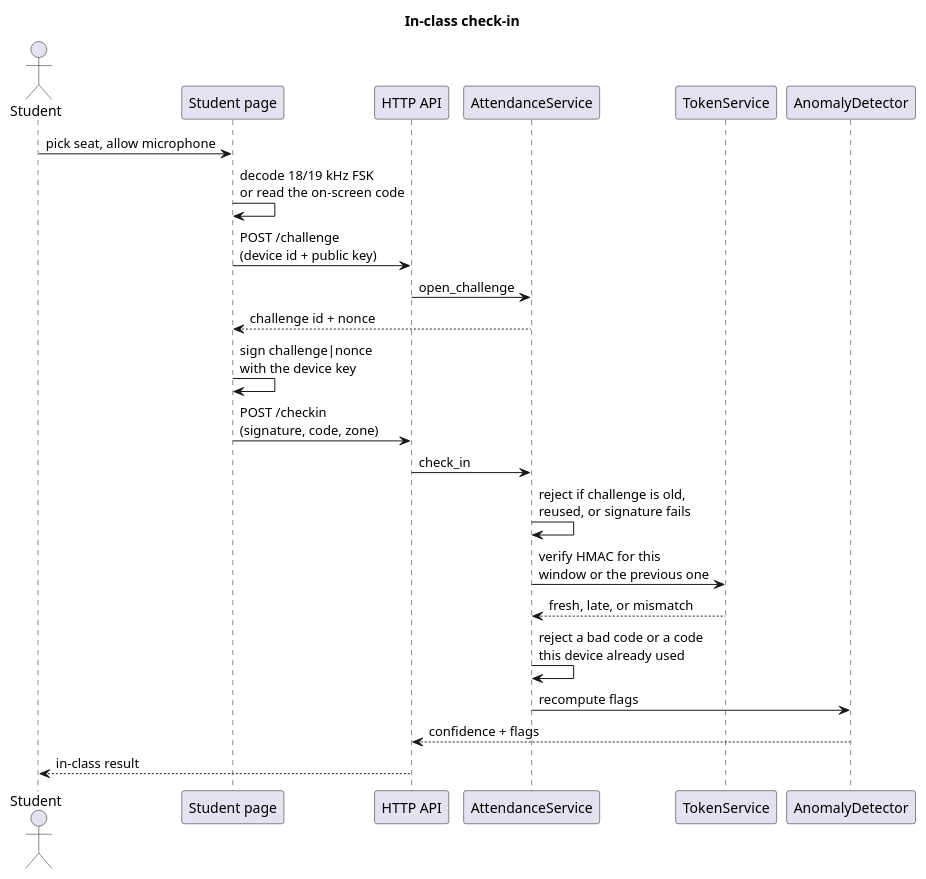
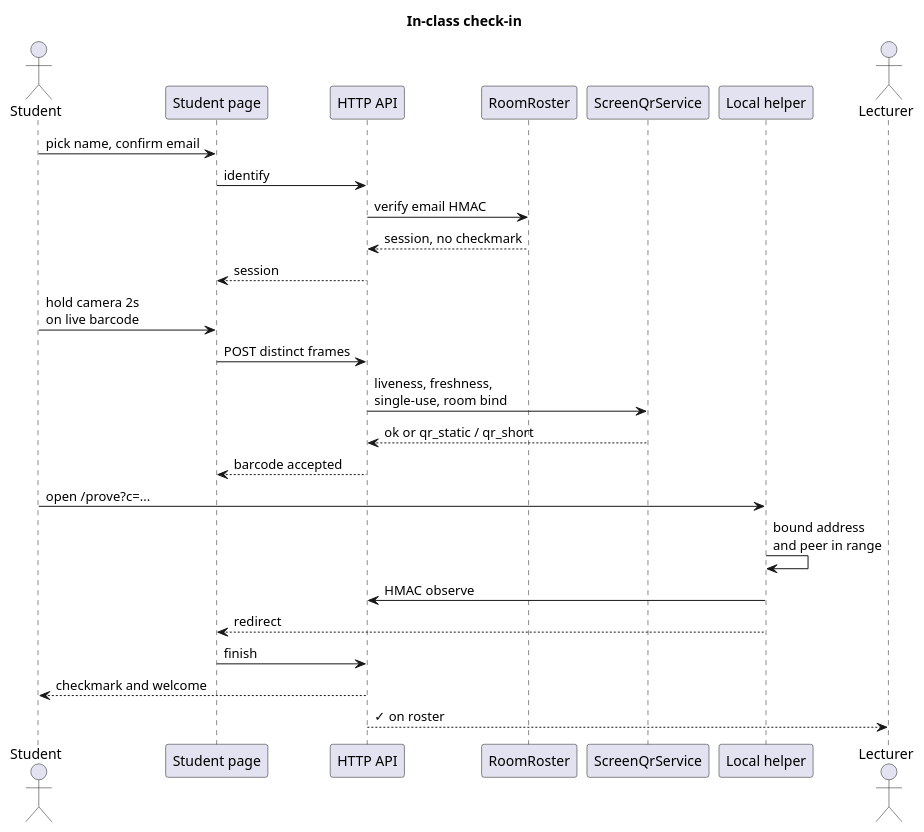
One commit to Haim-Barby/ZooMoodle changed the diagram in docs/diagrams/seq-checkin.puml. Above: the diagram before and after it, drawn with PlantUML. The commit also changed 34 other files, not shown here.

First line of the commit message:
Replace last-four ID check with email confirmation and a live barcode

```diff
--- a/docs/diagrams/seq-checkin.puml
+++ b/docs/diagrams/seq-checkin.puml
@@ -1,26 +1,32 @@
 @startuml seq-checkin
 title In-class check-in
 
 actor Student
 participant "Student page" as UI
 participant "HTTP API" as API
-participant AttendanceService as Att
-participant TokenService as Tok
-participant AnomalyDetector as Det
+participant RoomRoster as Roster
+participant ScreenQrService as QR
+participant "Local helper" as Helper
+actor Lecturer
 
-Student -> UI : pick seat, allow microphone
-UI -> UI : decode 18/19 kHz FSK\nor read the on-screen code
-UI -> API : POST /challenge\n(device id + public key)
-API -> Att : open_challenge
-Att --> UI : challenge id + nonce
-UI -> UI : sign challenge|nonce\nwith the device key
-UI -> API : POST /checkin\n(signature, code, zone)
-API -> Att : check_in
-Att -> Att : reject if challenge is old,\nreused, or signature fails
-Att -> Tok : verify HMAC for this\nwindow or the previous one
-Tok --> Att : fresh, late, or mismatch
-Att -> Att : reject a bad code or a code\nthis device already used
-Att -> Det : recompute flags
-Det --> API : confidence + flags
-API --> Student : in-class result
+Student -> UI : pick name, confirm email
+UI -> API : identify
+API -> Roster : verify email HMAC
+Roster --> API : session, no checkmark
+API --> UI : session
+
+Student -> UI : hold camera 2s\non live barcode
+UI -> API : POST distinct frames
+API -> QR : liveness, freshness,\nsingle-use, room bind
+QR --> API : ok or qr_static / qr_short
+API --> UI : barcode accepted
+
+Student -> Helper : open /prove?c=...
+Helper -> Helper : bound address\nand peer in range
+Helper -> API : HMAC observe
+Helper --> UI : redirect
+
+UI -> API : finish
+API --> Student : checkmark and welcome
+API --> Lecturer : ✓ on roster
 @enduml
```
